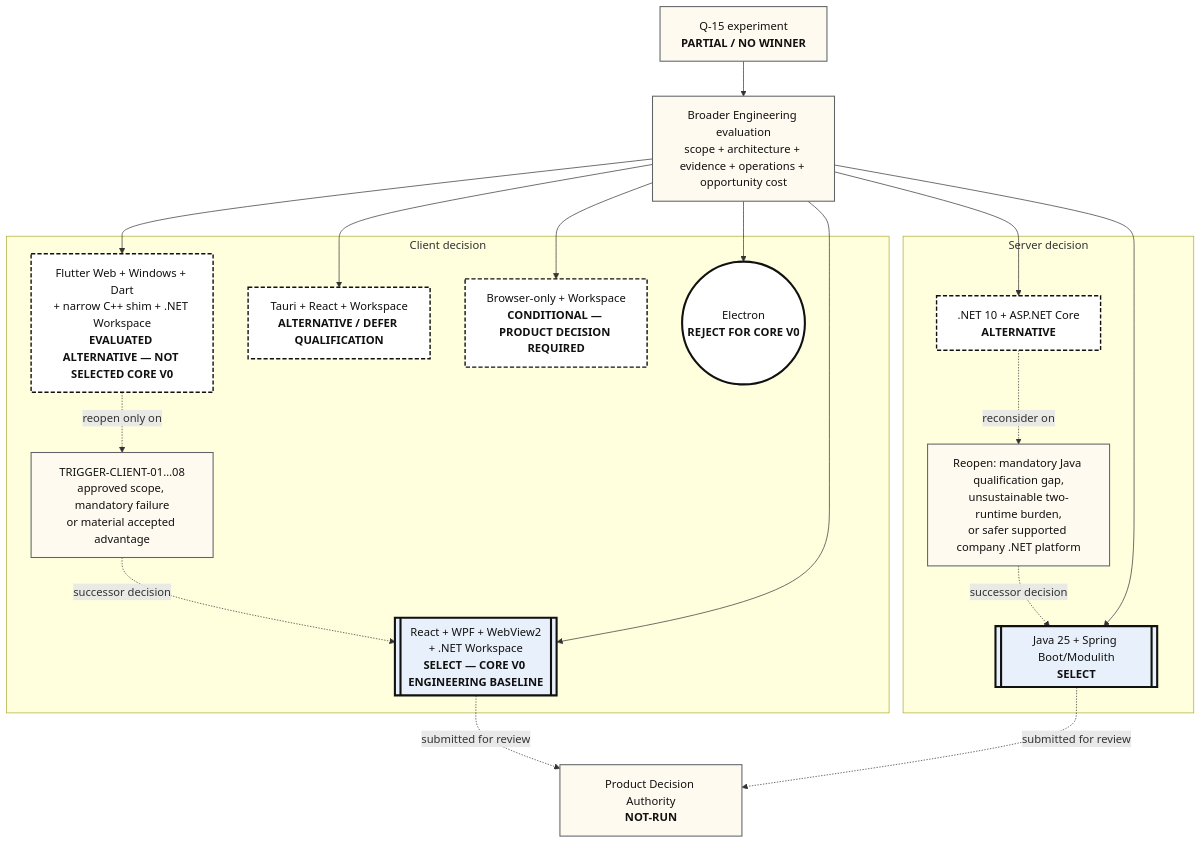
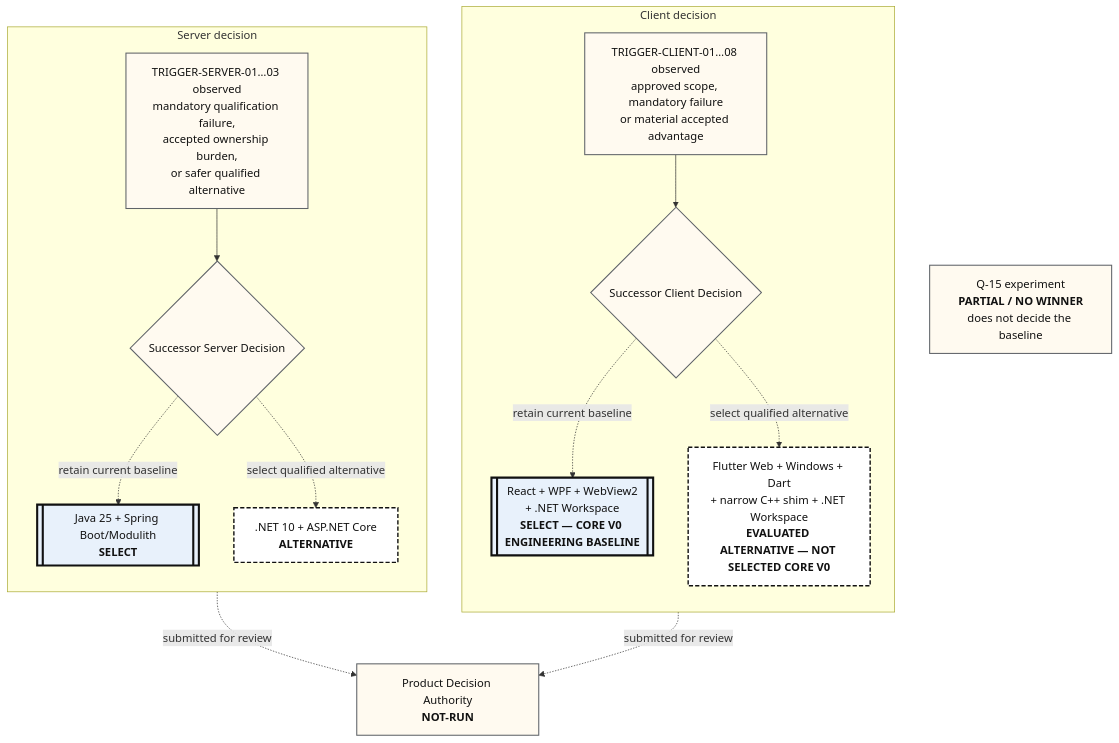
One commit to devphuclam/IDEAEngineering changed the eighth of 8 diagrams in docs/product/instances/idea-engineering/technology/IDEA-core-v0-technology-architecture-views.md. Above: the diagram before and after it, drawn with Mermaid. The commit also changed other lines of this file and 23 other files, not shown here.

````diff
--- a/docs/product/instances/idea-engineering/technology/IDEA-core-v0-technology-architecture-views.md
+++ b/docs/product/instances/idea-engineering/technology/IDEA-core-v0-technology-architecture-views.md
@@ -439,48 +448,40 @@
 ```mermaid
 flowchart TB
     accTitle: Core v0 technology decisions and controlled reopen paths
-    accDescr: Engineering selects React WPF WebView2 and dotnet Workspace for the Core v0 client. Flutter is an evaluated alternative not selected for Core v0 and can return only through one of eight named triggers. Tauri remains an alternative with deferred qualification, browser-only with Workspace requires a product decision, and Electron is rejected for Core v0. Engineering selects Java and Spring for Server while dotnet and ASP.NET Core remain an alternative with named reopen triggers. Q15 remains partial with no winner and Product Decision Authority approval remains not run.
+    accDescr: Engineering selects React WPF WebView2 and dotnet Workspace for the Core v0 client and Java Spring for the Server. A Client or Server trigger opens a successor decision. That decision may retain the current baseline or select the corresponding qualified alternative; the trigger does not predetermine the result. Q15 remains partial with no winner and Product Decision Authority approval remains not run.
 
-    Q15[Q-15 experiment<br/><b>PARTIAL / NO WINNER</b>]
-    Eng[Broader Engineering evaluation<br/>scope + architecture + evidence + operations + opportunity cost]
-    Q15 --> Eng
+    Q15[Q-15 experiment<br/><b>PARTIAL / NO WINNER</b><br/>does not decide the baseline]
 
     subgraph Client[Client decision]
+      direction TB
       A[[React + WPF + WebView2<br/>+ .NET Workspace<br/><b>SELECT — CORE V0 ENGINEERING BASELINE</b>]]
       B[Flutter Web + Windows + Dart<br/>+ narrow C++ shim + .NET Workspace<br/><b>EVALUATED ALTERNATIVE — NOT SELECTED CORE V0</b>]
-      T[Tauri + React + Workspace<br/><b>ALTERNATIVE / DEFER QUALIFICATION</b>]
-      C[Browser-only + Workspace<br/><b>CONDITIONAL — PRODUCT DECISION REQUIRED</b>]
-      E((Electron<br/><b>REJECT FOR CORE V0</b>))
-      Triggers[TRIGGER-CLIENT-01…08<br/>approved scope, mandatory failure<br/>or material accepted advantage]
-      B -. reopen only on .-> Triggers
-      Triggers -. successor decision .-> A
+      ClientTrigger[TRIGGER-CLIENT-01…08 observed<br/>approved scope, mandatory failure<br/>or material accepted advantage]
+      ClientDecision{Successor Client Decision}
+      ClientTrigger --> ClientDecision
+      ClientDecision -. retain current baseline .-> A
+      ClientDecision -. select qualified alternative .-> B
     end
 
     subgraph Server[Server decision]
+      direction TB
       J[[Java 25 + Spring Boot/Modulith<br/><b>SELECT</b>]]
       N[.NET 10 + ASP.NET Core<br/><b>ALTERNATIVE</b>]
-      ST[Reopen: mandatory Java qualification gap,<br/>unsustainable two-runtime burden,<br/>or safer supported company .NET platform]
-      N -. reconsider on .-> ST
-      ST -. successor decision .-> J
+      ServerTrigger[TRIGGER-SERVER-01…03 observed<br/>mandatory qualification failure,<br/>accepted ownership burden,<br/>or safer qualified alternative]
+      ServerDecision{Successor Server Decision}
+      ServerTrigger --> ServerDecision
+      ServerDecision -. retain current baseline .-> J
+      ServerDecision -. select qualified alternative .-> N
     end
 
-    Eng --> A
-    Eng --> B
-    Eng --> T
-    Eng --> C
-    Eng --> E
-    Eng --> J
-    Eng --> N
     PDA[Product Decision Authority<br/><b>NOT-RUN</b>]
     A -. submitted for review .-> PDA
     J -. submitted for review .-> PDA
 
     classDef selected fill:#e8f1fb,stroke:#111,stroke-width:3px,color:#111;
     classDef alternative fill:#fff,stroke:#111,stroke-width:2px,stroke-dasharray:6 3,color:#111;
-    classDef rejected fill:#fff,stroke:#111,stroke-width:3px,color:#111;
     classDef state fill:#fffaf0,stroke:#5f6368,stroke-width:1.5px,color:#111;
     class A,J selected;
-    class B,T,C,N alternative;
-    class E rejected;
-    class Q15,Eng,Triggers,ST,PDA state;
+    class B,N alternative;
+    class Q15,ClientTrigger,ClientDecision,ServerTrigger,ServerDecision,PDA state;
 ```
````
